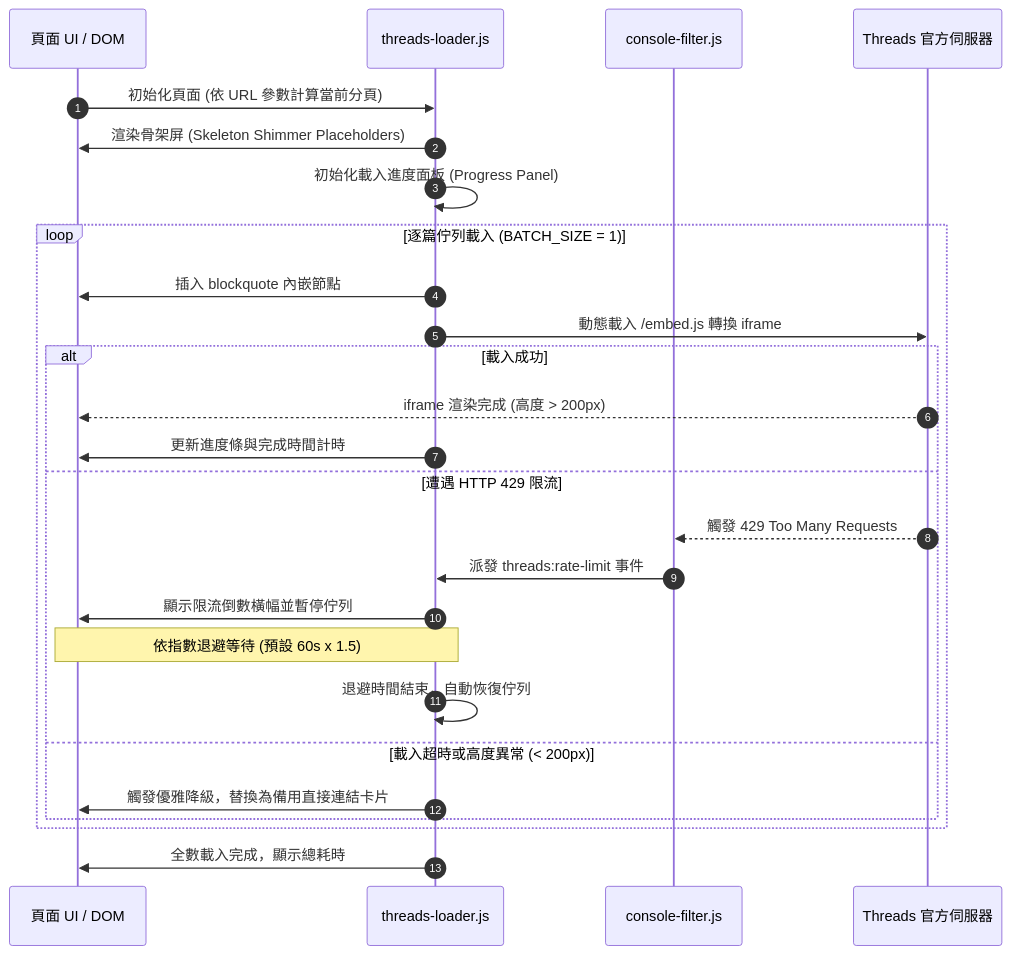
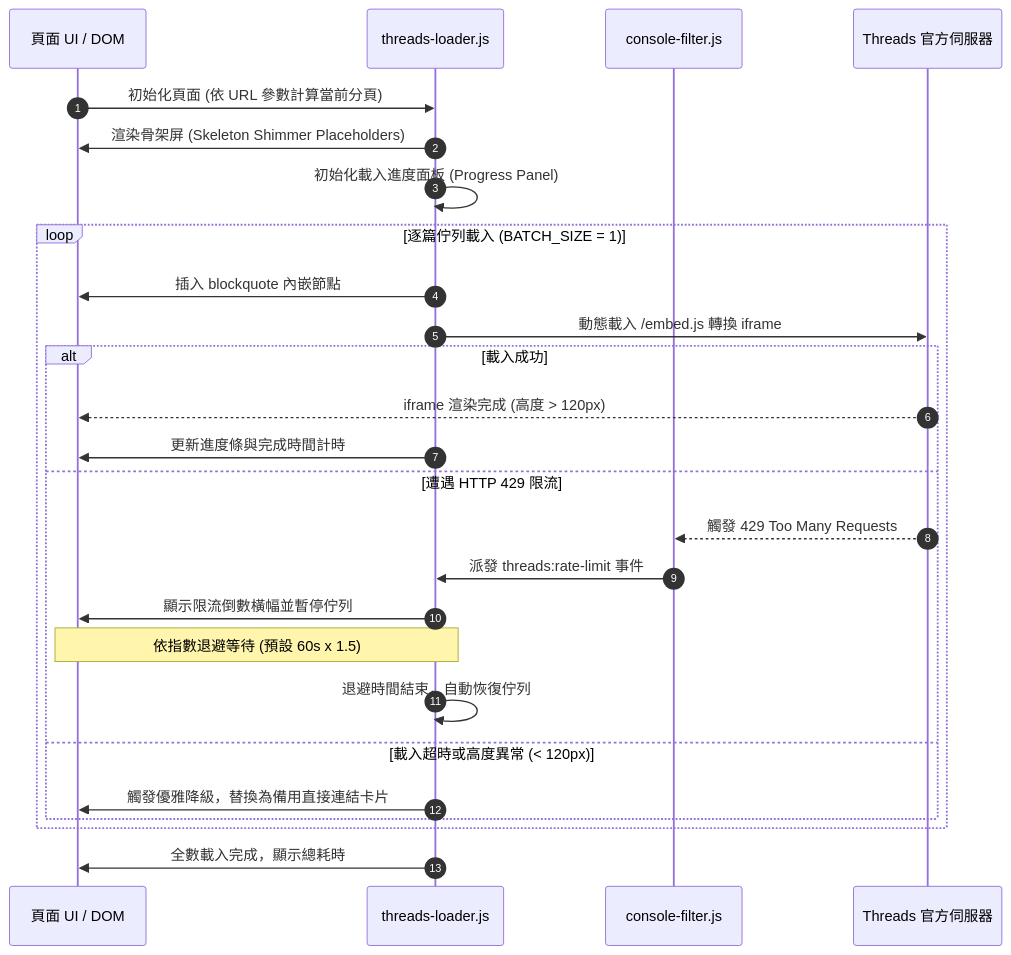
Before and after one commit to Scorpio-meow/Threads-Featured-Posts: the third of 3 diagrams in README.md, drawn with Mermaid. The commit also changed other lines of this file and 5 other files, not shown here.

````diff
--- a/README.md
+++ b/README.md
@@ -311,30 +319,30 @@
 ```mermaid
 sequenceDiagram
     autonumber
     participant UI as 頁面 UI / DOM
     participant TL as threads-loader.js
     participant CF as console-filter.js
     participant API as Threads 官方伺服器
 
     UI->>TL: 初始化頁面 (依 URL 參數計算當前分頁)
     TL->>UI: 渲染骨架屏 (Skeleton Shimmer Placeholders)
     TL->>TL: 初始化載入進度面板 (Progress Panel)
 
     loop 逐篇佇列載入 (BATCH_SIZE = 1)
         TL->>UI: 插入 blockquote 內嵌節點
         TL->>API: 動態載入 /embed.js 轉換 iframe
         alt 載入成功
-            API-->>UI: iframe 渲染完成 (高度 > 200px)
+            API-->>UI: iframe 渲染完成 (高度 > 120px)
             TL->>UI: 更新進度條與完成時間計時
         else 遭遇 HTTP 429 限流
             API-->>CF: 觸發 429 Too Many Requests
             CF->>TL: 派發 threads:rate-limit 事件
             TL->>UI: 顯示限流倒數橫幅並暫停佇列
             Note over TL,UI: 依指數退避等待 (預設 60s x 1.5)
             TL->>TL: 退避時間結束，自動恢復佇列
-        else 載入超時或高度異常 (< 200px)
+        else 載入超時或高度異常 (< 120px)
             TL->>UI: 觸發優雅降級，替換為備用直接連結卡片
         end
     end
     TL->>UI: 全數載入完成，顯示總耗時
 ```
````
